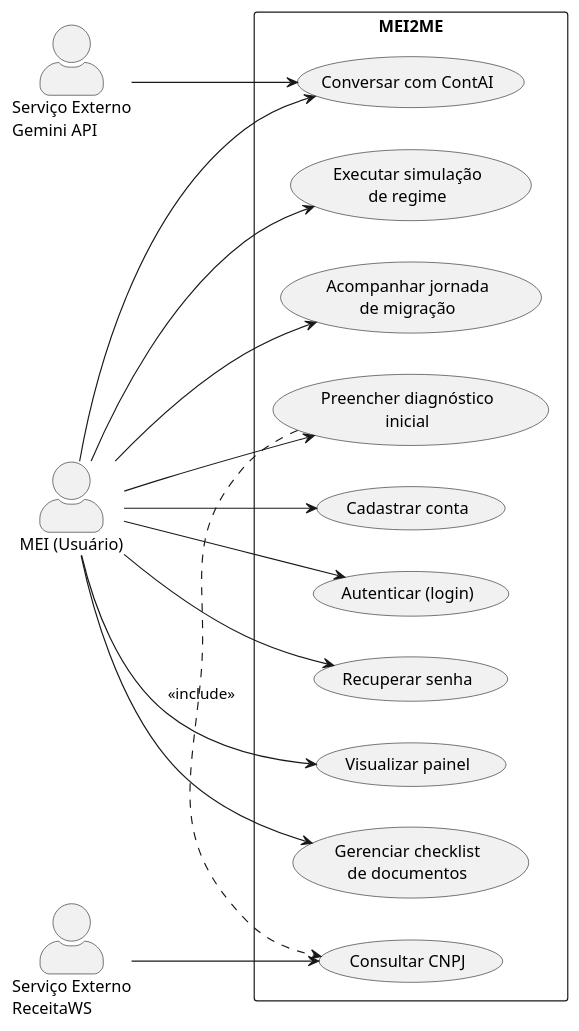
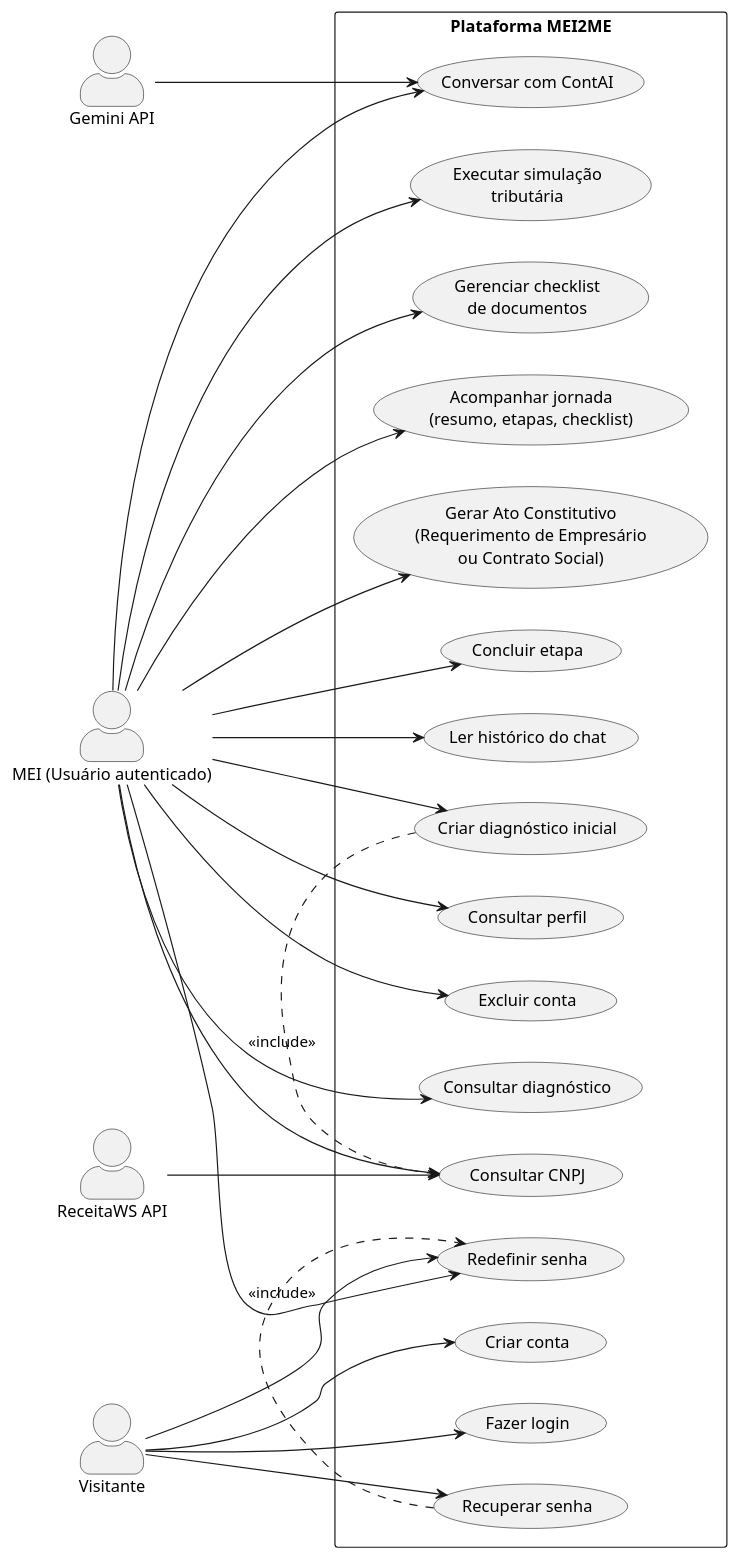
Before and after one commit to NioDev01/mei-2-me: the diagram in client/docs/uml/atores-casos-de-uso/atores-casos-de-uso.puml, drawn with PlantUML. The commit also changed 9 other files, not shown here.

```diff
--- a/client/docs/uml/atores-casos-de-uso/atores-casos-de-uso.puml
+++ b/client/docs/uml/atores-casos-de-uso/atores-casos-de-uso.puml
@@ -1,36 +1,57 @@
 @startuml
 left to right direction
 skinparam packageStyle rectangle
 skinparam actorStyle awesome
 
-actor "MEI (Usuário)" as MEI
-actor "Serviço Externo\nReceitaWS" as RECEITA
-actor "Serviço Externo\nGemini API" as GEMINI
+actor "MEI (Usuário autenticado)" as MEI
+actor "Visitante" as GUEST
+actor "ReceitaWS API" as RECEITA
+actor "Gemini API" as GEMINI
 
-rectangle "MEI2ME" {
-  usecase "Cadastrar conta" as UC_REGISTER
-  usecase "Autenticar (login)" as UC_LOGIN
-  usecase "Recuperar senha" as UC_RECOVER
-  usecase "Preencher diagnóstico\ninicial" as UC_DIAG
+rectangle "Plataforma MEI2ME" {
+  usecase "Criar conta" as UC_REGISTER
+  usecase "Fazer login" as UC_LOGIN
+  usecase "Recuperar senha" as UC_RESET
+  usecase "Redefinir senha" as UC_CHANGE
+  usecase "Consultar perfil" as UC_ME
+  usecase "Excluir conta" as UC_DEL_ME
+
   usecase "Consultar CNPJ" as UC_CNPJ
-  usecase "Visualizar painel" as UC_DASH
+  usecase "Criar diagnóstico inicial" as UC_DIAG_CREATE
+  usecase "Consultar diagnóstico" as UC_DIAG_GET
+
+  usecase "Executar simulação\ntributária" as UC_SIM
   usecase "Gerenciar checklist\nde documentos" as UC_CHECK
-  usecase "Executar simulação\nde regime" as UC_SIM
-  usecase "Acompanhar jornada\nde migração" as UC_JORNADA
+
+  usecase "Acompanhar jornada\n(resumo, etapas, checklist)" as UC_JORNADA
+  usecase "Gerar Ato Constitutivo\n(Requerimento de Empresário\nou Contrato Social)" as UC_JORNADA_ATO 
+  usecase "Concluir etapa" as UC_JORNADA_DONE
+
   usecase "Conversar com ContAI" as UC_CHAT
+  usecase "Ler histórico do chat" as UC_CHAT_HIST
 }
 
-MEI --> UC_REGISTER
-MEI --> UC_LOGIN
-MEI --> UC_RECOVER
-MEI --> UC_DIAG
-MEI --> UC_DASH
+GUEST --> UC_REGISTER
+GUEST --> UC_LOGIN
+GUEST --> UC_RESET
+GUEST --> UC_CHANGE
+
+MEI --> UC_ME
+MEI --> UC_DEL_ME
+MEI --> UC_CHANGE
+MEI --> UC_CNPJ
+MEI --> UC_DIAG_CREATE
+MEI --> UC_DIAG_GET
+MEI --> UC_SIM
 MEI --> UC_CHECK
-MEI --> UC_SIM
 MEI --> UC_JORNADA
+MEI --> UC_JORNADA_ATO
+MEI --> UC_JORNADA_DONE
 MEI --> UC_CHAT
+MEI --> UC_CHAT_HIST
 
-UC_DIAG .> UC_CNPJ : <<include>>
+UC_DIAG_CREATE .> UC_CNPJ : <<include>>
+UC_RESET .> UC_CHANGE : <<include>>
 RECEITA --> UC_CNPJ
 GEMINI --> UC_CHAT
 @enduml
```
